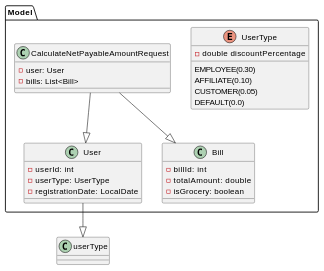
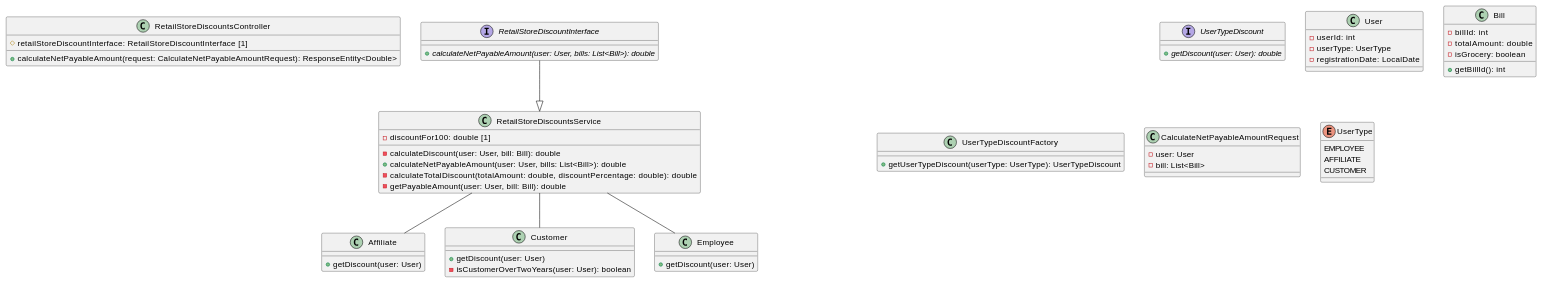
The diagram in README.md (Nkm17000/retail_discount), drawn with PlantUML before and after one commit. The commit also changed 1 other file, not shown here.

Commit message:
#hld modification as per current design

````diff
--- a/README.md
+++ b/README.md
@@ -110,36 +110,75 @@
 ```puml
 @startuml
 
-package "Model" {
-    class User {
-        - userId: int
-        - userType: UserType
-        - registrationDate: LocalDate
-    }
-
-        enum UserType {
-            EMPLOYEE(0.30)
-            AFFILIATE(0.10)
-            CUSTOMER(0.05)
-            DEFAULT(0.0)
-            - double discountPercentage
-        }
-
-    class Bill {
-        - billId: int
-        - totalAmount: double
-        - isGrocery: boolean
-    }
-
-    class CalculateNetPayableAmountRequest {
-        - user: User
-        - bills: List<Bill>
-    }
+interface RetailStoreDiscountInterface {
+    {abstract} +calculateNetPayableAmount(user: User, bills: List<Bill>): double
 }
 
-CalculateNetPayableAmountRequest --|> User
-CalculateNetPayableAmountRequest --|> Bill
-User --|> userType
+interface UserTypeDiscount {
+    {abstract} +getDiscount(user: User): double
+}
+
+class RetailStoreDiscountsController {
+    # retailStoreDiscountInterface: RetailStoreDiscountInterface [1]
+    + calculateNetPayableAmount(request: CalculateNetPayableAmountRequest): ResponseEntity<Double>
+}
+
+class RetailStoreDiscountsService {
+    - discountFor100: double [1]
+    - calculateDiscount(user: User, bill: Bill): double
+    + calculateNetPayableAmount(user: User, bills: List<Bill>): double
+    - calculateTotalDiscount(totalAmount: double, discountPercentage: double): double
+    - getPayableAmount(user: User, bill: Bill): double
+}
+
+class UserTypeDiscountFactory {
+    + getUserTypeDiscount(userType: UserType): UserTypeDiscount
+}
+
+class Affiliate {
+    + getDiscount(user: User)
+}
+
+class Customer {
+    + getDiscount(user: User)
+    - isCustomerOverTwoYears(user: User): boolean
+}
+
+class Employee {
+    + getDiscount(user: User)
+}
+
+class User {
+    - userId: int
+    - userType: UserType
+    - registrationDate: LocalDate
+}
+
+class Bill {
+    - billId: int
+    - totalAmount: double
+    - isGrocery: boolean
+    + getBillId(): int
+}
+
+class CalculateNetPayableAmountRequest {
+    - user: User
+    - bill: List<Bill>
+}
+
+enum UserType {
+    EMPLOYEE
+    AFFILIATE
+    CUSTOMER
+}
+
+RetailStoreDiscountInterface --|> RetailStoreDiscountsService
+RetailStoreDiscountsController -[hidden]right-> RetailStoreDiscountInterface
+RetailStoreDiscountsService -- Affiliate
+RetailStoreDiscountsService -- Customer
+RetailStoreDiscountsService -- Employee
+RetailStoreDiscountsService -[hidden]right-> UserTypeDiscountFactory: calculateDiscount() -> getUserTypeDiscount()
 
 @enduml
+
 ```
````
